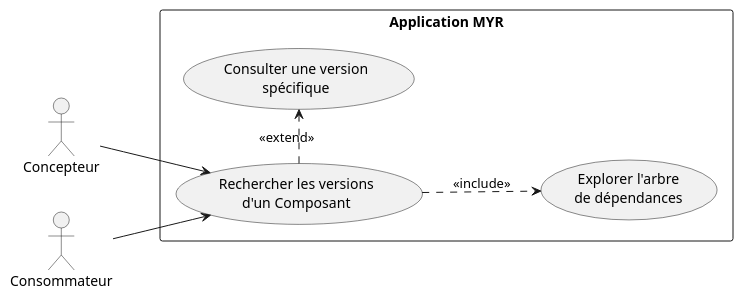
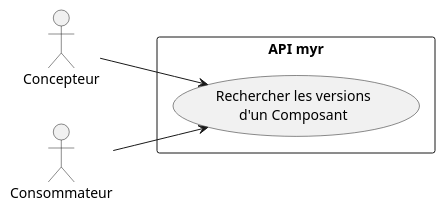
The first of 2 diagrams in specs/2-Analyse/UCREC-Recherche/UCREC03.md (olivaux/myr), drawn with PlantUML before and after one commit. The commit also changed other lines of this file and 72 other files, not shown here.

````diff
--- a/specs/2-Analyse/UCREC-Recherche/UCREC03.md
+++ b/specs/2-Analyse/UCREC-Recherche/UCREC03.md
@@ -14,20 +14,16 @@
 ```plantuml
 @startuml
 left to right direction
 
 actor "Concepteur" as C
 actor "Consommateur" as CL
 
-rectangle "Application MYR" {
+rectangle "API myr" {
     usecase "Rechercher les versions\nd'un Composant" as UC1
-    usecase "Explorer l'arbre\nde dépendances" as UC2
-    usecase "Consulter une version\nspécifique" as UC3
 }
 
 C --> UC1
 CL --> UC1
-UC1 ..> UC2 : <<include>>
-UC1 .> UC3 : <<extend>>
 
 @enduml
 ```
````
